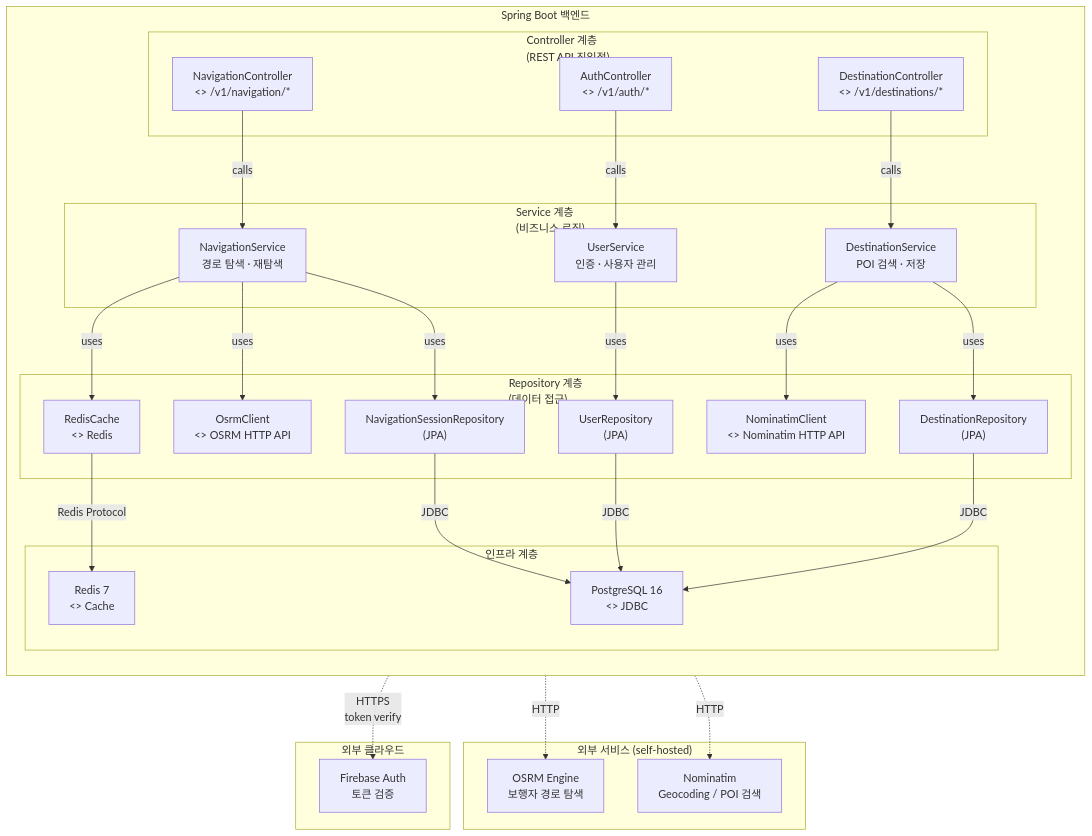
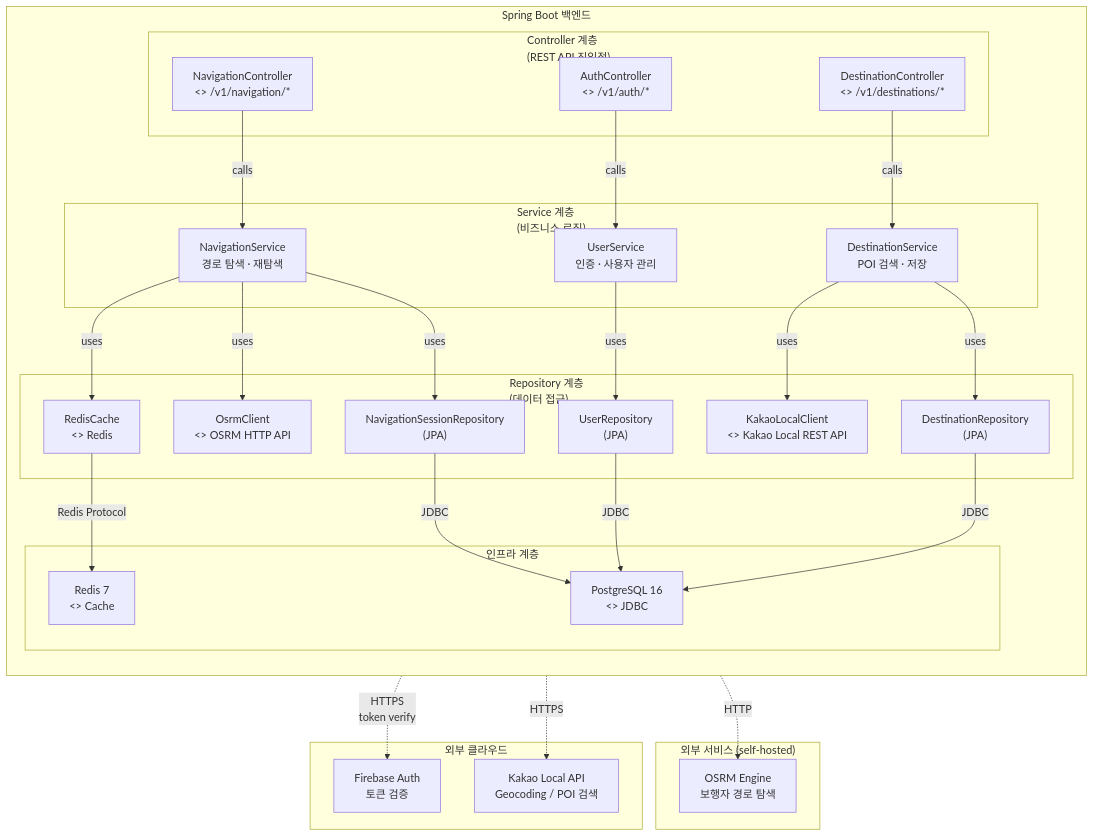
Before and after one commit to 2026TUKCOMCD/SmartWalk: the second of 3 diagrams in uml-components.md, drawn with Mermaid. The commit also changed other lines of this file and 20 other files, not shown here.

````diff
--- a/uml-components.md
+++ b/uml-components.md
@@ -68,61 +68,61 @@
 ```mermaid
 graph TB
     subgraph Backend["Spring Boot 백엔드"]
         direction TB
 
         subgraph Controller["Controller 계층<br>(REST API 진입점)"]
             NavCtrl["NavigationController<br><<provides>> /v1/navigation/*"]
             AuthCtrl["AuthController<br><<provides>> /v1/auth/*"]
             DestCtrl["DestinationController<br><<provides>> /v1/destinations/*"]
         end
 
         subgraph Service["Service 계층<br>(비즈니스 로직)"]
             NavSvc["NavigationService<br>경로 탐색 · 재탐색"]
             UserSvc["UserService<br>인증 · 사용자 관리"]
             DestSvc["DestinationService<br>POI 검색 · 저장"]
         end
 
         subgraph Repository["Repository 계층<br>(데이터 접근)"]
             UserRepo["UserRepository<br>(JPA)"]
             DestRepo["DestinationRepository<br>(JPA)"]
             SessionRepo["NavigationSessionRepository<br>(JPA)"]
             OsrmClient["OsrmClient<br><<requires>> OSRM HTTP API"]
-            NominatimClient["NominatimClient<br><<requires>> Nominatim HTTP API"]
+            KakaoLocalClient["KakaoLocalClient<br><<requires>> Kakao Local REST API"]
             RedisCache["RedisCache<br><<requires>> Redis"]
         end
 
         subgraph Infra["인프라 계층"]
             PG["PostgreSQL 16<br><<provides>> JDBC"]
             Redis["Redis 7<br><<provides>> Cache"]
         end
     end
 
     subgraph ExtSvc["외부 서비스 (self-hosted)"]
         OSRM["OSRM Engine<br>보행자 경로 탐색"]
-        Nominatim["Nominatim<br>Geocoding / POI 검색"]
     end
 
     subgraph ExtCloud["외부 클라우드"]
         Firebase["Firebase Auth<br>토큰 검증"]
+        Kakao["Kakao Local API<br>Geocoding / POI 검색"]
     end
 
     NavCtrl -->|"calls"| NavSvc
     AuthCtrl -->|"calls"| UserSvc
     DestCtrl -->|"calls"| DestSvc
 
     NavSvc -->|"uses"| SessionRepo
     NavSvc -->|"uses"| OsrmClient
     NavSvc -->|"uses"| RedisCache
     UserSvc -->|"uses"| UserRepo
     DestSvc -->|"uses"| DestRepo
-    DestSvc -->|"uses"| NominatimClient
+    DestSvc -->|"uses"| KakaoLocalClient
 
     UserRepo -->|"JDBC"| PG
     DestRepo -->|"JDBC"| PG
     SessionRepo -->|"JDBC"| PG
     RedisCache -->|"Redis Protocol"| Redis
 
     OsrmClient -.->|"HTTP"| OSRM
-    NominatimClient -.->|"HTTP"| Nominatim
+    KakaoLocalClient -.->|"HTTPS"| Kakao
     AuthCtrl -.->|"HTTPS<br>token verify"| Firebase
 ```
````
